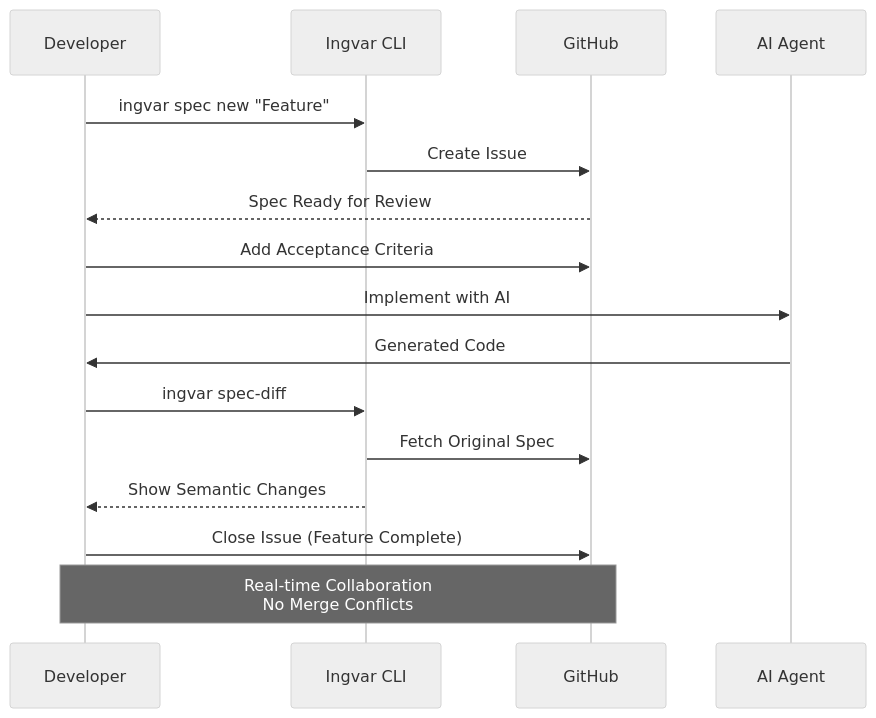
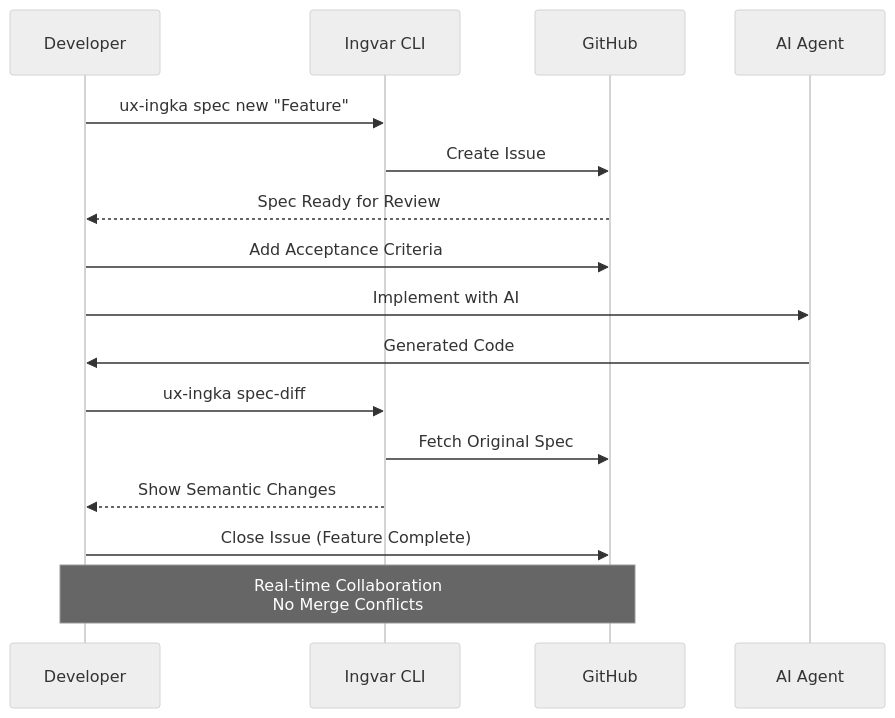
The third of 4 diagrams in README.md (leopagotto/ux-ingka-kit), drawn with Mermaid (neutral theme) before and after one commit. The commit also changed other lines of this file and 62 other files, not shown here.

First line of the commit message:
feat: rebrand ingvar-kit to ux-ingka-kit (v7.0.0)

````diff
--- a/README.md
+++ b/README.md
@@ -242,23 +242,23 @@
 ```mermaid
 sequenceDiagram
     participant Dev as Developer
     participant CLI as Ingvar CLI
     participant GH as GitHub
     participant AI as AI Agent
 
-    Dev->>CLI: ingvar spec new "Feature"
+    Dev->>CLI: ux-ingka spec new "Feature"
     CLI->>GH: Create Issue #42
     GH-->>Dev: Spec Ready for Review
 
     Dev->>GH: Add Acceptance Criteria
     Dev->>AI: Implement with AI
     AI->>Dev: Generated Code
 
-    Dev->>CLI: ingvar spec-diff #42
+    Dev->>CLI: ux-ingka spec-diff #42
     CLI->>GH: Fetch Original Spec
     CLI-->>Dev: Show Semantic Changes
 
     Dev->>GH: Close Issue (Feature Complete)
 
     Note over Dev,GH: Real-time Collaboration<br/>No Merge Conflicts
 ```
````
